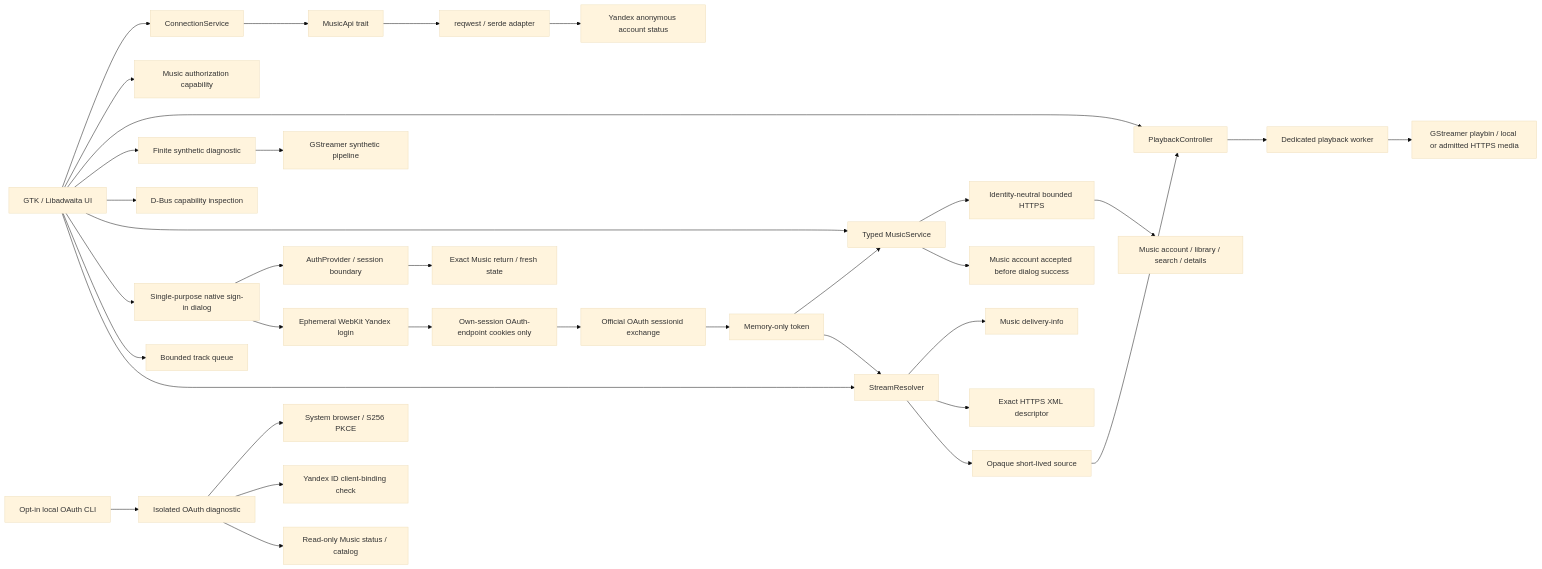
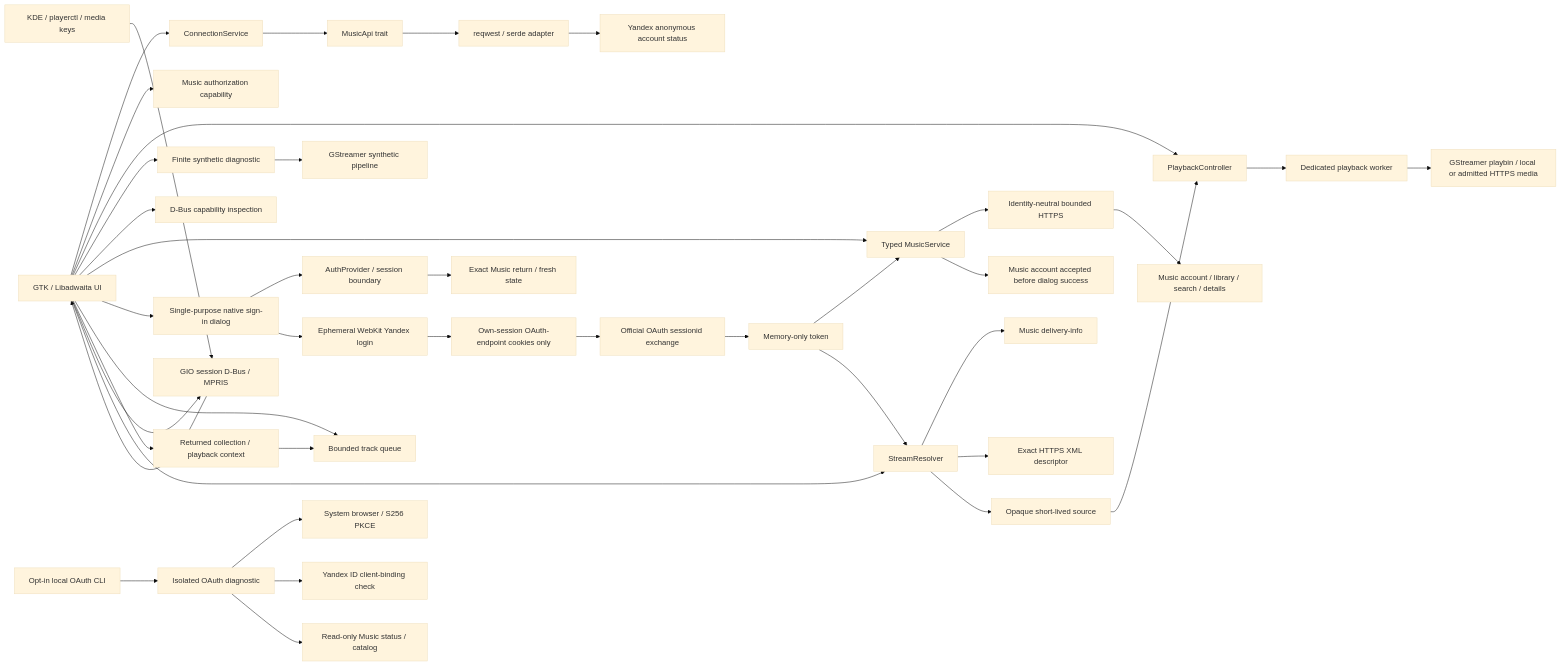
One commit to tracerxbrhd/karin changed the diagram in docs/ARCHITECTURE.md. Above: the diagram before and after it, drawn with Mermaid (base theme). The commit also changed other lines of this file and 33 other files, not shown here.

Commit message:
Add contextual playback, unified music navigation and MPRIS desktop controls

````diff
--- a/docs/ARCHITECTURE.md
+++ b/docs/ARCHITECTURE.md
@@ -8,37 +12,42 @@
 ```mermaid
 flowchart LR
   UI[GTK / Libadwaita UI] --> Service[ConnectionService]
   Service --> Boundary[MusicApi trait]
   Boundary --> API[reqwest / serde adapter]
   API --> Remote[Yandex anonymous account status]
   UI --> Capability[Music authorization capability]
   UI --> Player[PlaybackController]
   Player --> Worker[Dedicated playback worker]
   Worker --> Playbin[GStreamer playbin / local or admitted HTTPS media]
   UI --> Audio[Finite synthetic diagnostic]
   Audio --> GST[GStreamer synthetic pipeline]
   UI --> Platform[D-Bus capability inspection]
   UI --> MusicService[Typed MusicService]
   MusicService --> MusicHTTP[Identity-neutral bounded HTTPS]
   MusicHTTP --> MusicREST[Music account / library / search / details]
   UI --> Login[Single-purpose native sign-in dialog]
   Login --> Auth[AuthProvider / session boundary]
   Login --> WebKit[Ephemeral WebKit Yandex login]
   Auth --> Return[Exact Music return / fresh state]
   WebKit --> Cookies[Own-session OAuth-endpoint cookies only]
   Cookies --> Grant[Official OAuth sessionid exchange]
   Grant --> Session[Memory-only token]
   Session --> MusicService
   MusicService --> Validation[Music account accepted before dialog success]
   UI --> Queue[Bounded track queue]
+  UI --> Context[Returned collection / playback context]
+  Context --> Queue
+  Desktop[KDE / playerctl / media keys] --> MPRIS[GIO session D-Bus / MPRIS]
+  MPRIS --> UI
+  UI --> MPRIS
   UI --> Resolver[StreamResolver]
   Session --> Resolver
   Resolver --> Offers[Music delivery-info]
   Resolver --> Descriptor[Exact HTTPS XML descriptor]
   Resolver --> Source[Opaque short-lived source]
   Source --> Player
   CLI[Opt-in local OAuth CLI] --> OAuth[Isolated OAuth diagnostic]
   OAuth --> Browser[System browser / S256 PKCE]
   OAuth --> ID[Yandex ID client-binding check]
   OAuth --> Music[Read-only Music status / catalog]
 ```
````
